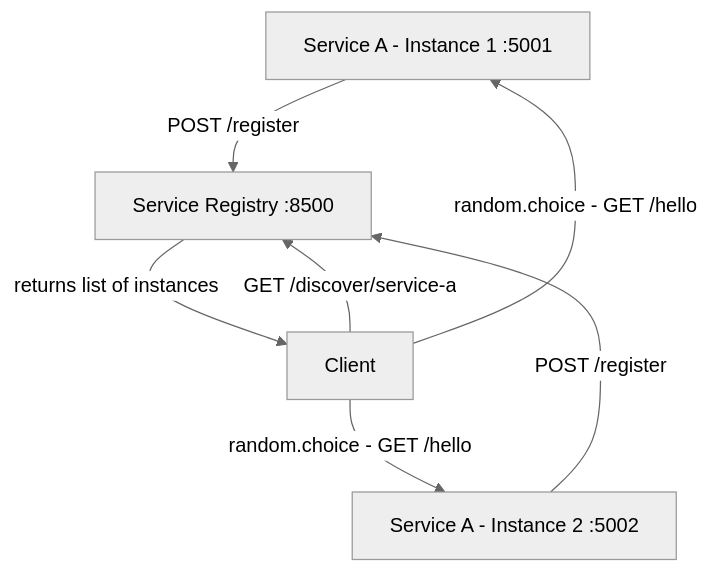
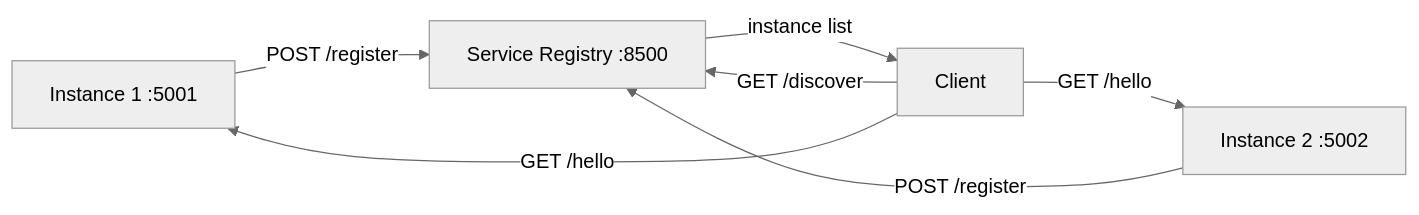
Before and after one commit to mokshitchopra/Week-7-Naming-and-Service-Discovery-Assignment: the diagram in README.md, drawn with Mermaid (neutral theme).

Commit message:
Update architecture diagram to horizontal graph LR layout

````diff
--- a/README.md
+++ b/README.md
@@ -11,9 +11,9 @@
 ```mermaid
-graph TD
-    S1[Service A - Instance 1 :5001] -->|POST /register| R[Service Registry :8500]
-    S2[Service A - Instance 2 :5002] -->|POST /register| R
-    C[Client] -->|GET /discover/service-a| R
-    R -->|returns list of instances| C
-    C -->|random.choice - GET /hello| S1
-    C -->|random.choice - GET /hello| S2
+graph LR
+    S1[Instance 1 :5001] -->|POST /register| R[Service Registry :8500]
+    S2[Instance 2 :5002] -->|POST /register| R
+    R -->|instance list| C[Client]
+    C -->|GET /discover| R
+    C -->|GET /hello| S1
+    C -->|GET /hello| S2
 ```
````
